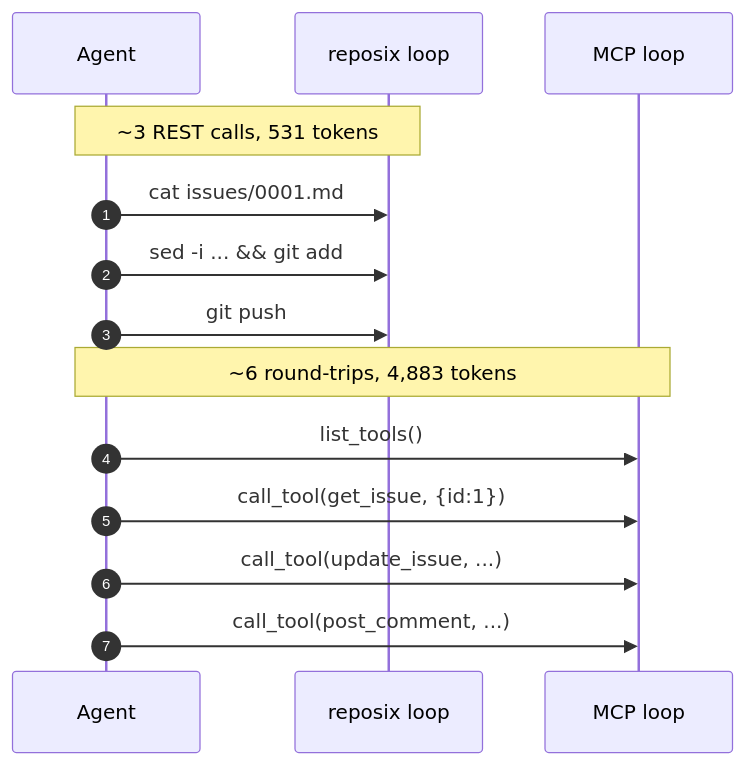
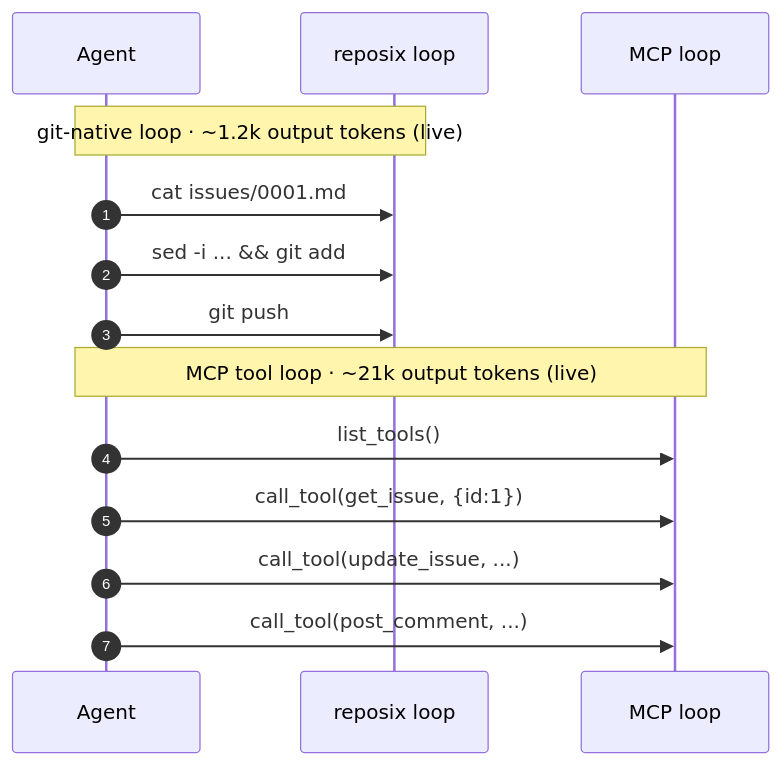
The diagram in docs/index.md (reubenjohn/reposix), drawn with Mermaid before and after one commit. The commit also changed other lines of this file and 2 other files, not shown here.

````diff
--- a/docs/index.md
+++ b/docs/index.md
@@ -25,16 +25,16 @@
 ```mermaid
 sequenceDiagram
     autonumber
     participant Agent
     participant reposix as reposix loop
     participant MCP as MCP loop
-    Note over Agent,reposix: ~3 REST calls, 531 tokens
+    Note over Agent,reposix: git-native loop · ~1.2k output tokens (live)
     Agent->>reposix: cat issues/0001.md
     Agent->>reposix: sed -i ... && git add
     Agent->>reposix: git push
-    Note over Agent,MCP: ~6 round-trips, 4,883 tokens
+    Note over Agent,MCP: MCP tool loop · ~21k output tokens (live)
     Agent->>MCP: list_tools()
     Agent->>MCP: call_tool(get_issue, {id:1})
     Agent->>MCP: call_tool(update_issue, ...)
     Agent->>MCP: call_tool(post_comment, ...)
 ```
````
